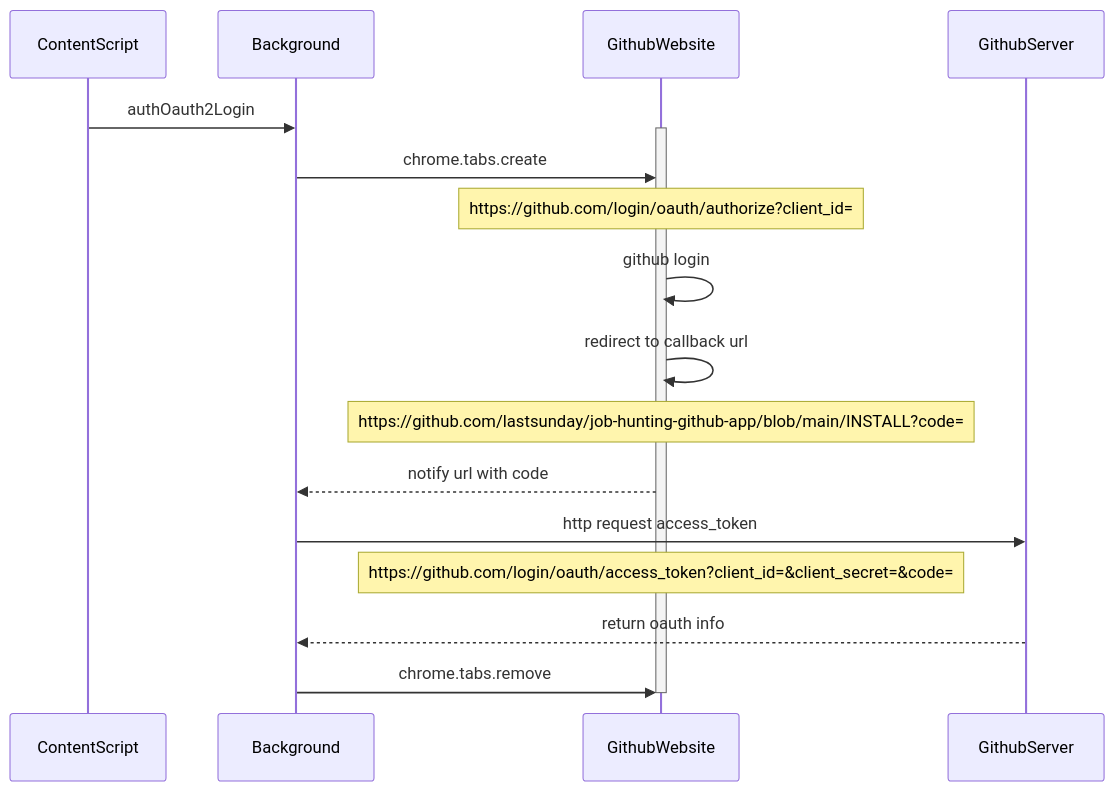
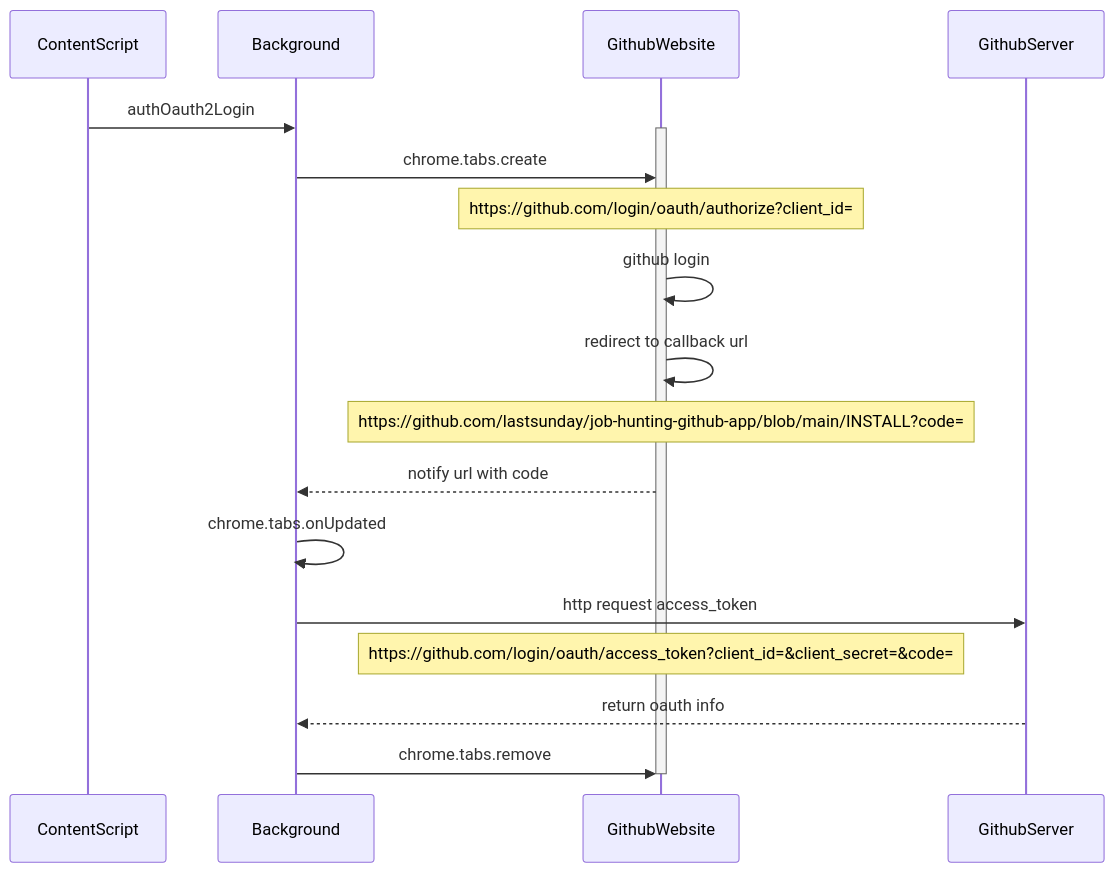
The tenth of 10 diagrams in docs/src/development/extension/core_logic_flow.md (lastsunday/job-hunting), drawn with Mermaid before and after one commit.

Commit message:
docs: add oauth flow

````diff
--- a/docs/src/development/extension/core_logic_flow.md
+++ b/docs/src/development/extension/core_logic_flow.md
@@ -1006,21 +1006,22 @@
 ```mermaid
 sequenceDiagram
   participant ContentScript
   participant Background
   participant GithubWebsite
   participant GithubServer
 
   ContentScript ->> Background: authOauth2Login
   activate GithubWebsite
   Background ->> GithubWebsite: chrome.tabs.create
   Note over GithubWebsite: https://github.com/login/oauth/authorize?client_id=
   GithubWebsite ->> GithubWebsite: github login
   GithubWebsite ->> GithubWebsite: redirect to callback url
   Note over GithubWebsite: https://github.com/lastsunday/job-hunting-github-app/blob/main/INSTALL?code=
   GithubWebsite -->> Background: notify url with code
+  Background ->> Background: chrome.tabs.onUpdated
   Background ->> GithubServer: http request access_token
   Note over GithubWebsite: https://github.com/login/oauth/access_token?client_id=&client_secret=&code=
   GithubServer -->> Background: return oauth info
   Background ->> GithubWebsite: chrome.tabs.remove
   deactivate GithubWebsite
 ```
````
